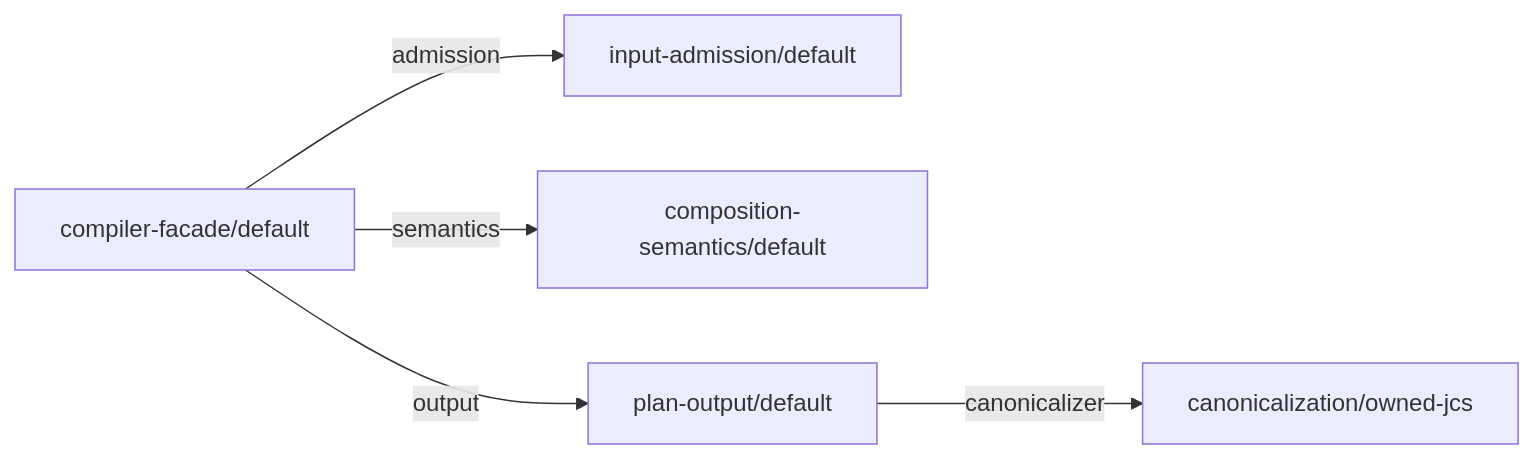
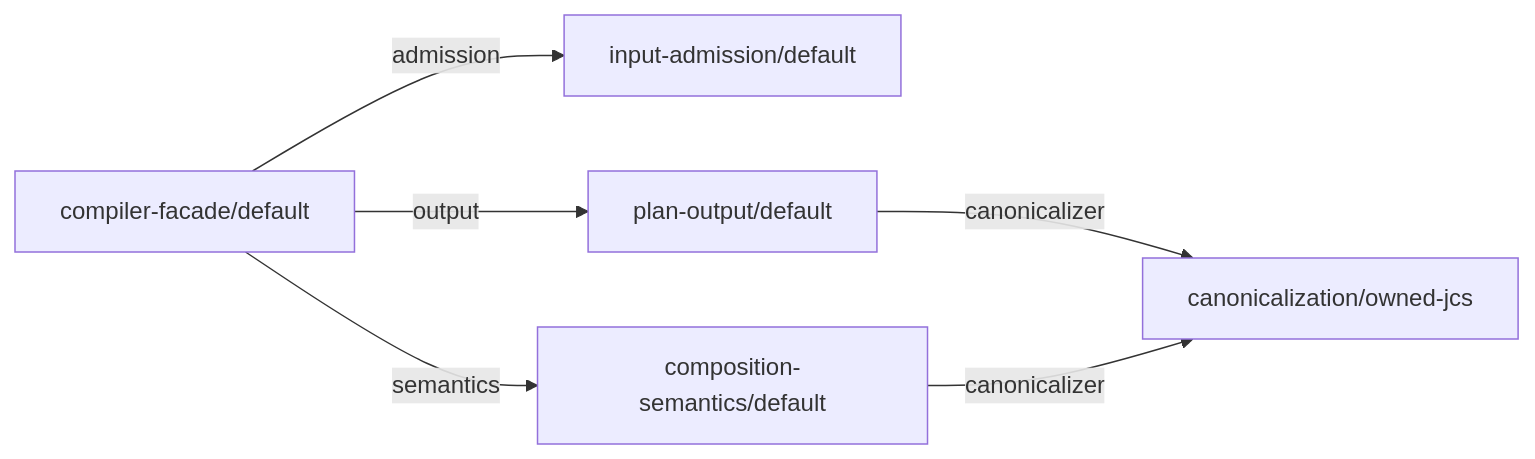
Before and after one commit to agent-teams-ai/get-modular: the diagram in docs/architecture/self-composition-implementation-guide.md, drawn with Mermaid. The commit also changed other lines of this file and 3 other files, not shown here.

Commit message:
docs(architecture): address second review of the self-composition guide

````diff
--- a/docs/architecture/self-composition-implementation-guide.md
+++ b/docs/architecture/self-composition-implementation-guide.md
@@ -101,7 +115,8 @@
 ```mermaid
 flowchart LR
     Facade["compiler-facade/default"] -->|admission| Admission["input-admission/default"]
     Facade -->|semantics| Semantics["composition-semantics/default"]
     Facade -->|output| Output["plan-output/default"]
     Output -->|canonicalizer| Canon["canonicalization/owned-jcs"]
+    Semantics -->|canonicalizer| Canon
 ```
````
